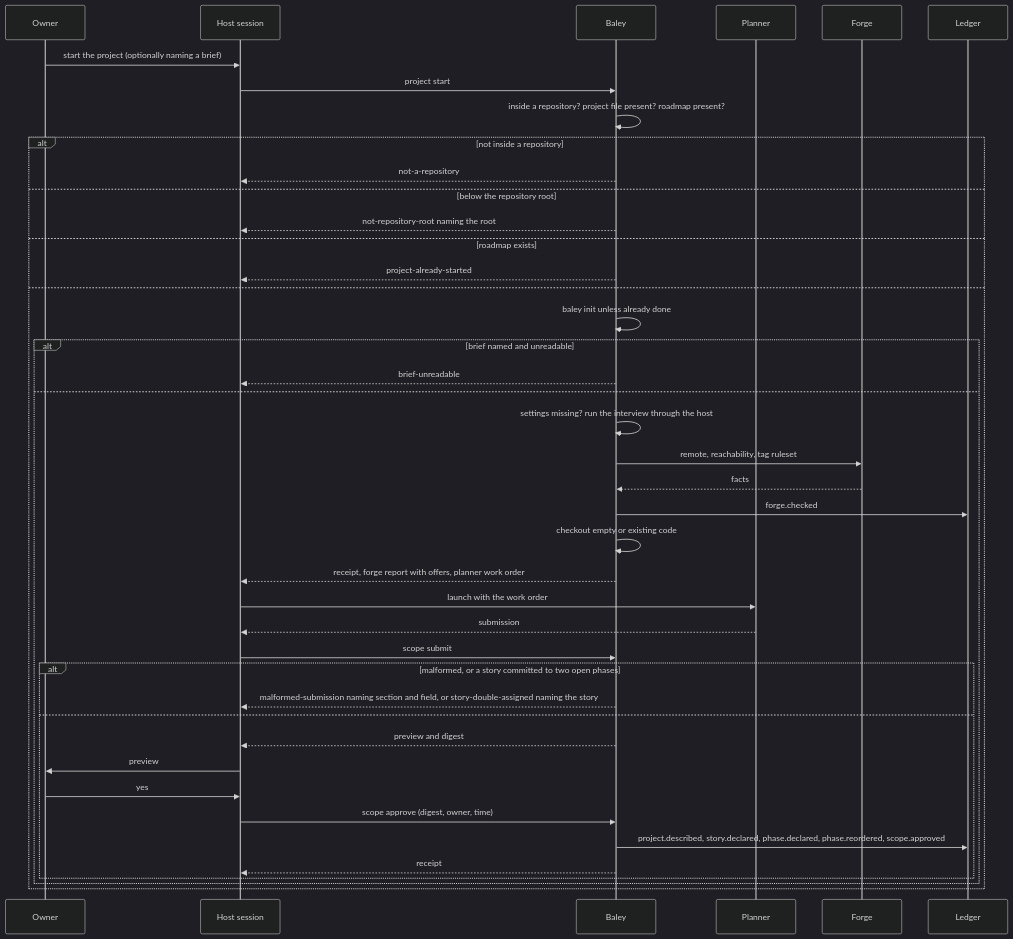
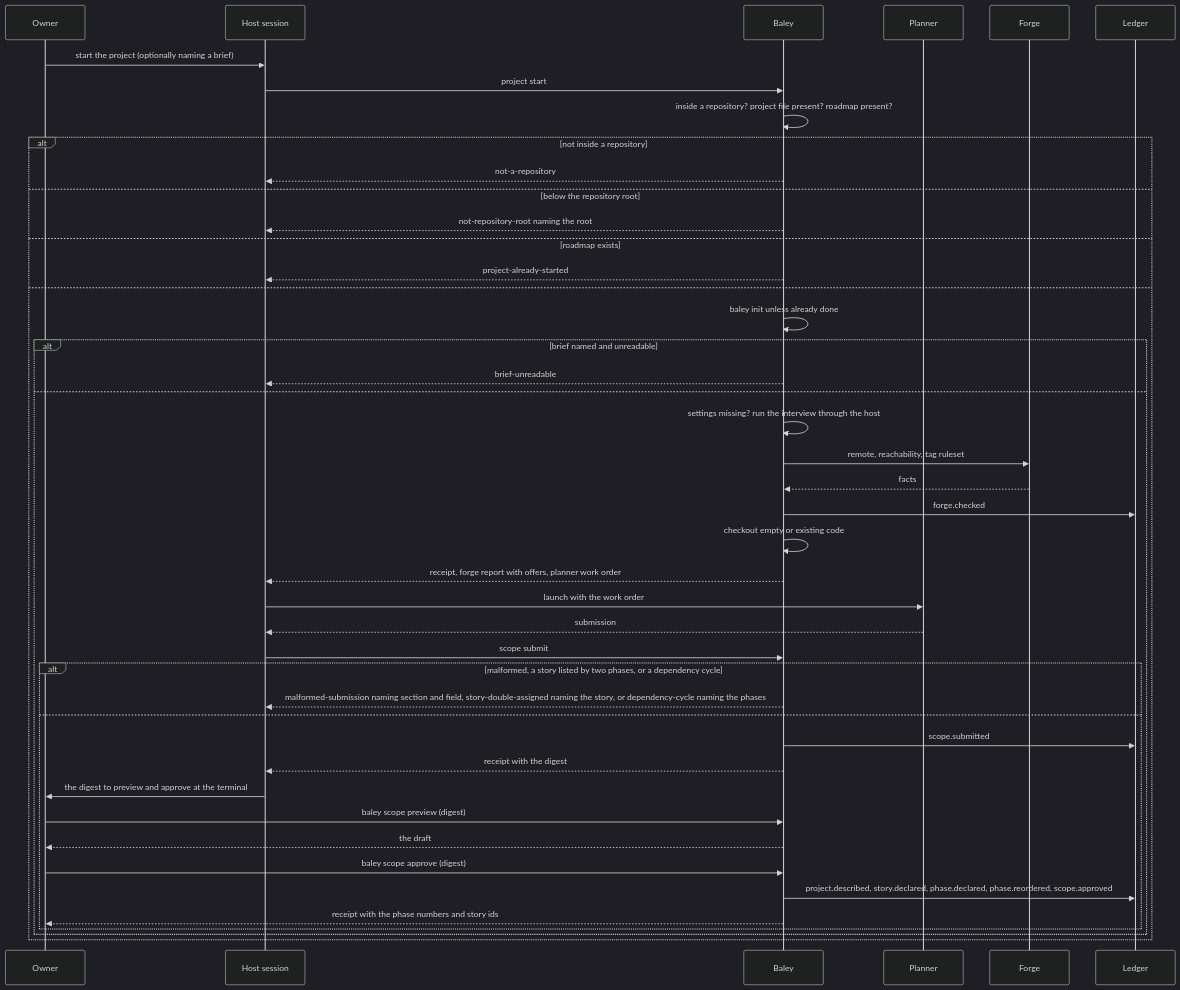
One commit to crenshawdev/baley changed the fourth of 5 diagrams in docs/design/0004-starting-a-project-and-changing-scope.md. Above: the diagram before and after it, drawn with Mermaid (dark theme). The commit also changed other lines of this file and 1 other file, not shown here.

First line of the commit message:
docs(design): describe scope drafts, approval at the terminal and the five scope views

````diff
--- a/docs/design/0004-starting-a-project-and-changing-scope.md
+++ b/docs/design/0004-starting-a-project-and-changing-scope.md
@@ -299,44 +341,46 @@
 ```mermaid
 sequenceDiagram
   participant O as Owner
   participant H as Host session
   participant B as Baley
   participant P as Planner
   participant F as Forge
   participant L as Ledger
   O->>H: start the project (optionally naming a brief)
   H->>B: project start
   B->>B: inside a repository? project file present? roadmap present?
   alt not inside a repository
     B-->>H: not-a-repository
   else below the repository root
     B-->>H: not-repository-root naming the root
   else roadmap exists
     B-->>H: project-already-started
   else
     B->>B: baley init unless already done
     alt brief named and unreadable
       B-->>H: brief-unreadable
     else
       B->>B: settings missing? run the interview through the host
       B->>F: remote, reachability, tag ruleset
       F-->>B: facts
       B->>L: forge.checked
       B->>B: checkout empty or existing code
       B-->>H: receipt, forge report with offers, planner work order
       H->>P: launch with the work order
       P-->>H: submission
       H->>B: scope submit
-      alt malformed, or a story committed to two open phases
-        B-->>H: malformed-submission naming section and field, or story-double-assigned naming the story
+      alt malformed, a story listed by two phases, or a dependency cycle
+        B-->>H: malformed-submission naming section and field, story-double-assigned naming the story, or dependency-cycle naming the phases
       else
-        B-->>H: preview and digest
-        H->>O: preview
-        O->>H: yes
-        H->>B: scope approve (digest, owner, time)
+        B->>L: scope.submitted
+        B-->>H: receipt with the digest
+        H->>O: the digest to preview and approve at the terminal
+        O->>B: baley scope preview (digest)
+        B-->>O: the draft
+        O->>B: baley scope approve (digest)
         B->>L: project.described, story.declared, phase.declared, phase.reordered, scope.approved
-        B-->>H: receipt
+        B-->>O: receipt with the phase numbers and story ids
       end
     end
   end
 ```
````
